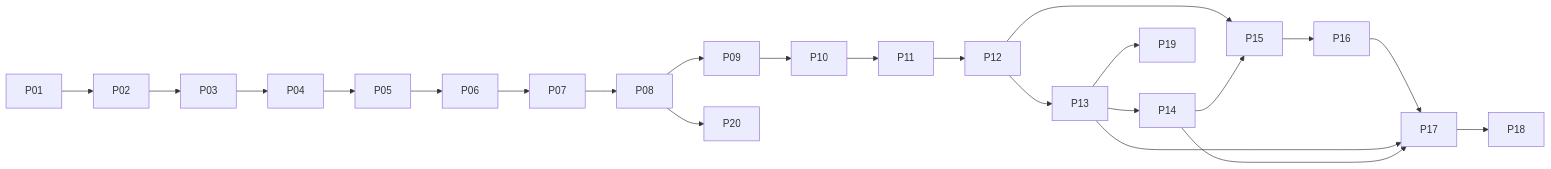
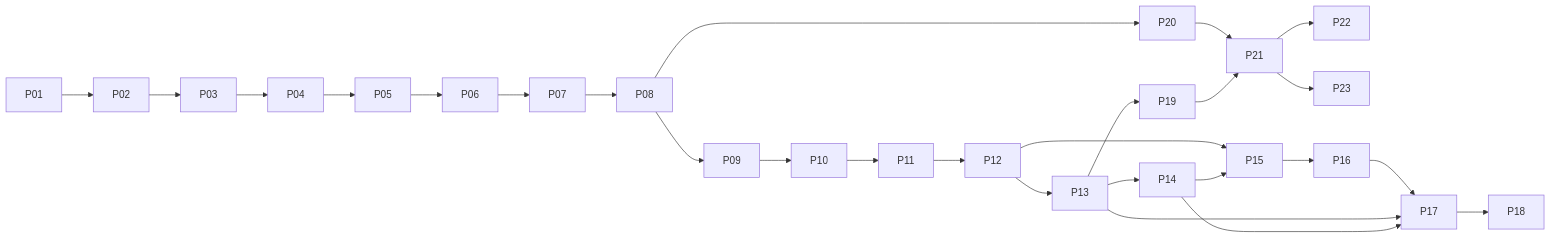
Before and after one commit to takemo101/ambien: the diagram in docs/implementation-plan.md, drawn with Mermaid. The commit also changed other lines of this file and 1 other file, not shown here.

````diff
--- a/docs/implementation-plan.md
+++ b/docs/implementation-plan.md
@@ -108,10 +108,14 @@
 ```mermaid
 flowchart LR
  P01 --> P02 --> P03 --> P04 --> P05 --> P06 --> P07 --> P08 --> P09 --> P10 --> P11 --> P12 --> P13 --> P14
  P12 --> P15
  P13 --> P19
  P08 --> P20
+ P20 --> P21
+ P19 --> P21
+ P21 --> P22
+ P21 --> P23
  P14 --> P15 --> P16 --> P17 --> P18
  P13 --> P17
  P14 --> P17
 ```
````
